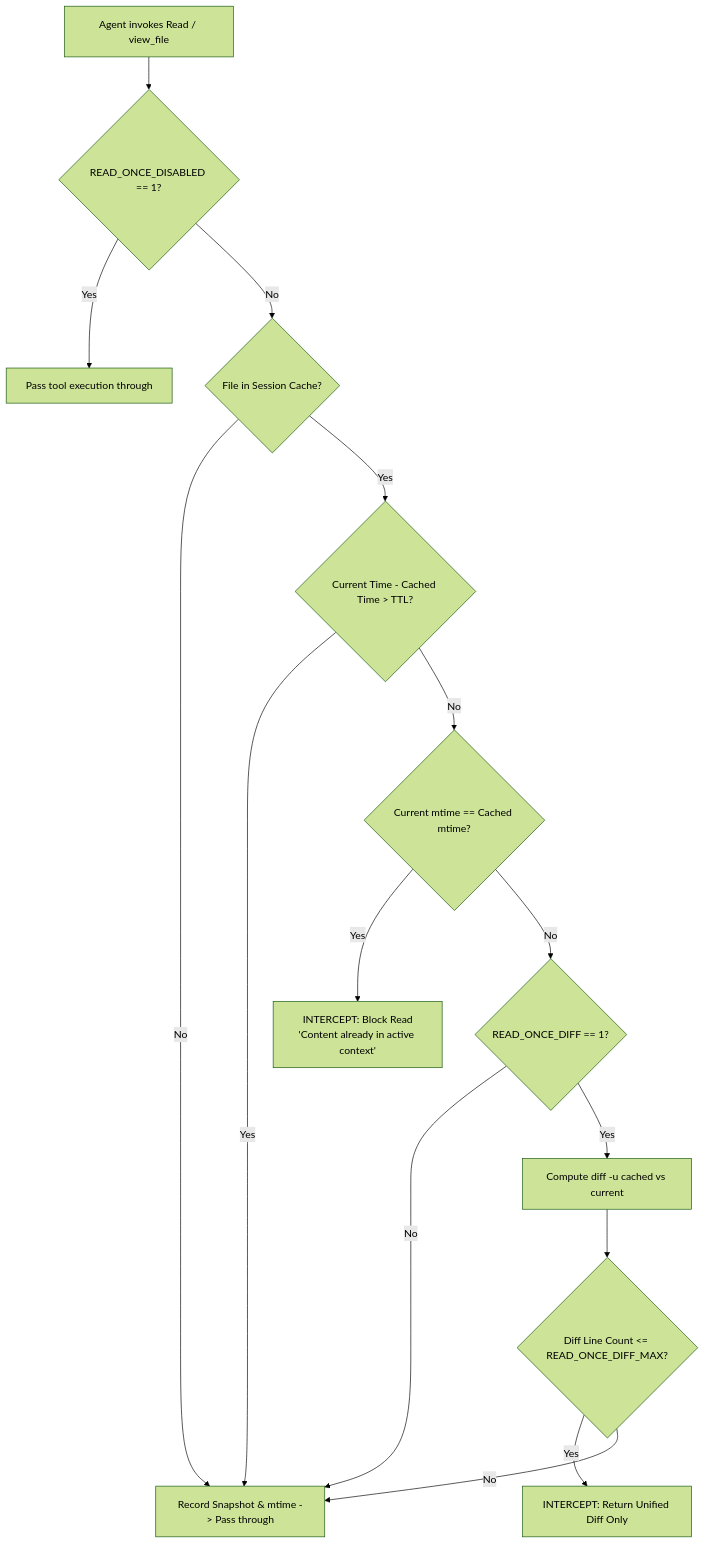
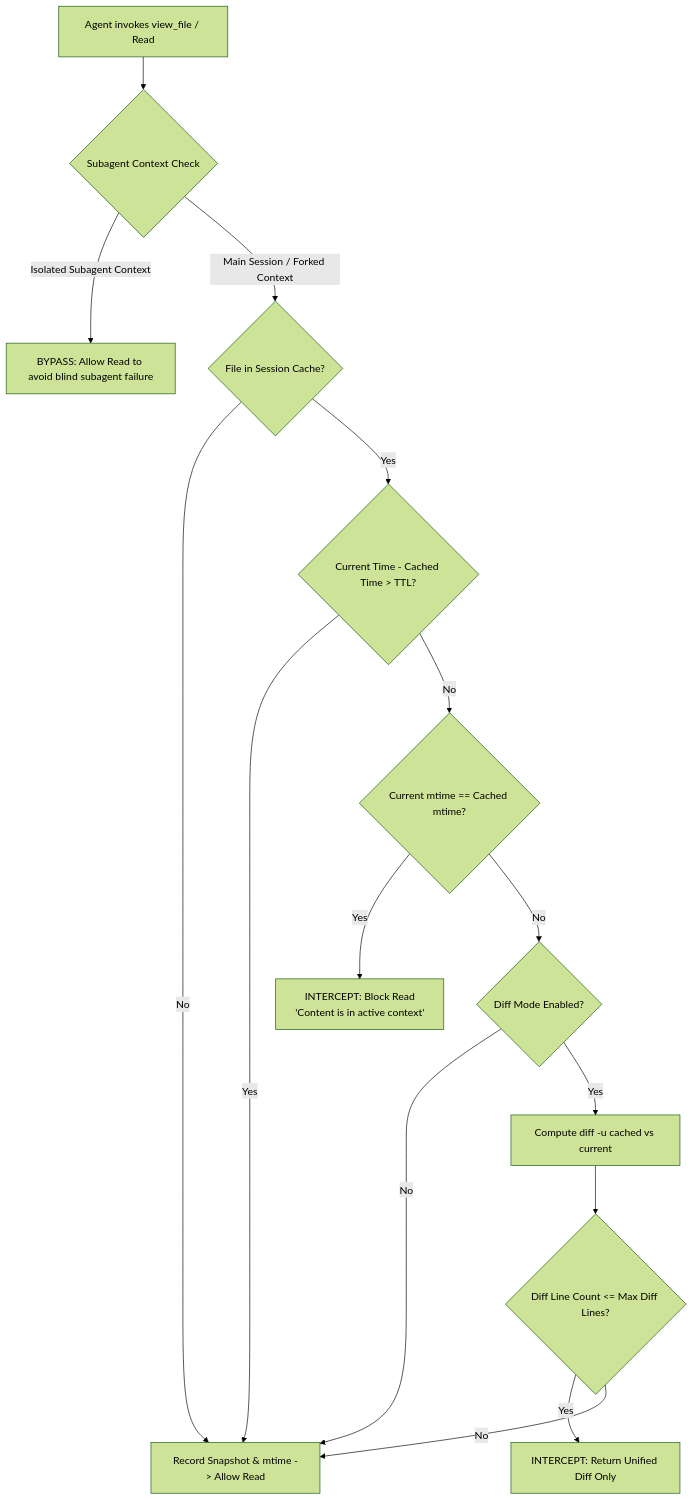
The first of 2 diagrams in REPORT.md (DeokhoKim/performance-agent-standard), drawn with Mermaid (forest theme) before and after one commit. The commit also changed other lines of this file, not shown here.

First line of the commit message:
docs(report): expand read-once & cleanup specs

````diff
--- a/REPORT.md
+++ b/REPORT.md
@@ -37,17 +37,17 @@
 ```mermaid
 flowchart TD
-    A[Agent invokes Read / view_file] --> B{READ_ONCE_DISABLED == 1?}
-    B -- Yes --> C[Pass tool execution through]
-    B -- No --> D{File in Session Cache?}
-    D -- No --> E[Record Snapshot & mtime -> Pass through]
+    A[Agent invokes view_file / Read] --> B{Subagent Context Check}
+    B -- Isolated Subagent Context --> C[BYPASS: Allow Read to avoid blind subagent failure]
+    B -- Main Session / Forked Context --> D{File in Session Cache?}
+    D -- No --> E[Record Snapshot & mtime -> Allow Read]
     D -- Yes --> F{Current Time - Cached Time > TTL?}
     F -- Yes --> E
     F -- No --> G{Current mtime == Cached mtime?}
-    G -- Yes --> H[INTERCEPT: Block Read<br/>'Content already in active context']
-    G -- No --> I{READ_ONCE_DIFF == 1?}
+    G -- Yes --> H[INTERCEPT: Block Read<br/>'Content is in active context']
+    G -- No --> I{Diff Mode Enabled?}
     I -- No --> E
     I -- Yes --> J[Compute diff -u cached vs current]
-    J --> K{Diff Line Count <= READ_ONCE_DIFF_MAX?}
+    J --> K{Diff Line Count <= Max Diff Lines?}
     K -- Yes --> L[INTERCEPT: Return Unified Diff Only]
     K -- No --> E
 ```
````
